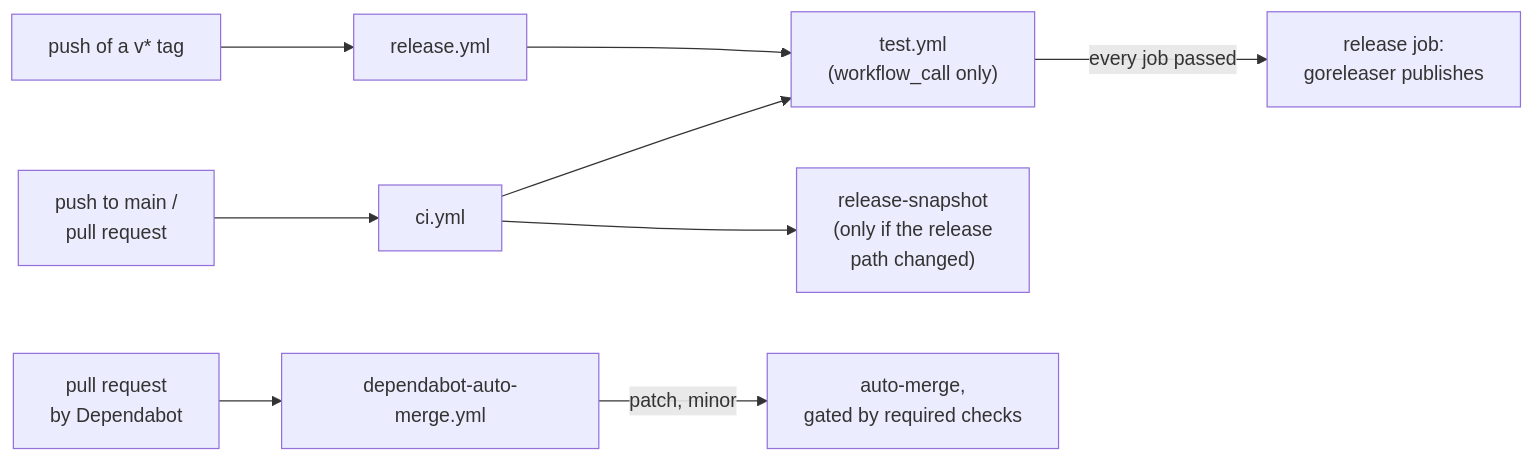
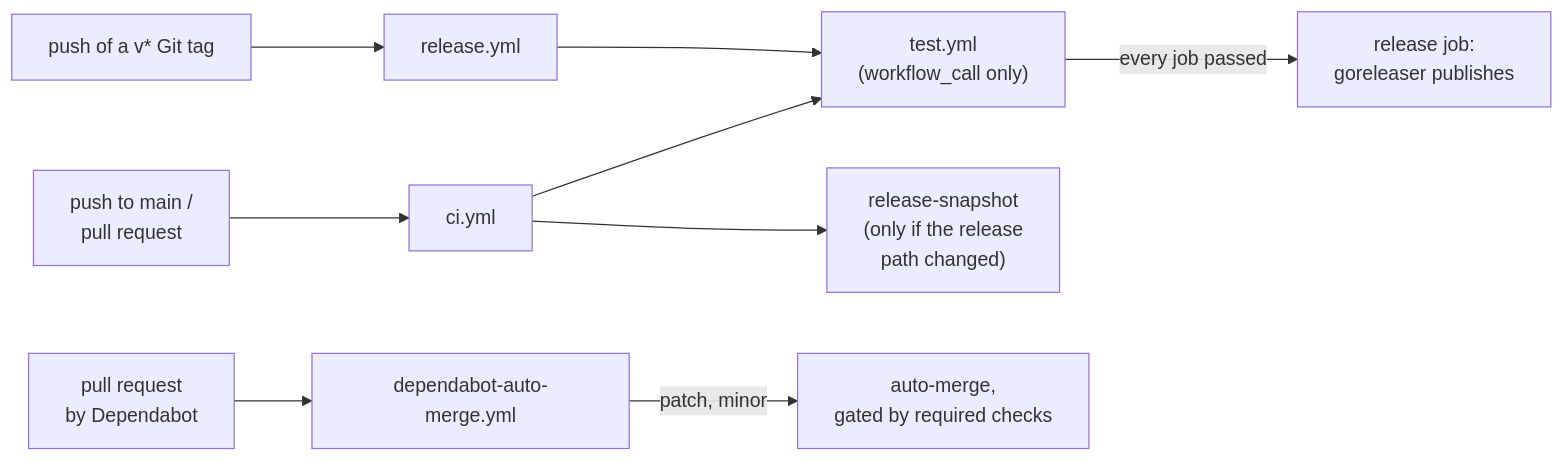
Before and after one commit to moepig/cheapskate: the diagram in docs/en/development/github-actions.md, drawn with Mermaid. The commit also changed other lines of this file and 47 other files, not shown here.

````diff
--- a/docs/en/development/github-actions.md
+++ b/docs/en/development/github-actions.md
@@ -25,19 +25,19 @@
 ```mermaid
 flowchart LR
     push["push to main /
     pull request"] --> ci["ci.yml"]
     pr["pull request
     by Dependabot"] --> am["dependabot-auto-merge.yml"]
-    tag["push of a v* tag"] --> rel["release.yml"]
+    tag["push of a v* Git tag"] --> rel["release.yml"]
 
     ci --> test["test.yml
     (workflow_call only)"]
     ci --> snap["release-snapshot
     (only if the release
     path changed)"]
     rel --> test
     test -- "every job passed" --> gor["release job:
     goreleaser publishes"]
     am -- "patch, minor" --> auto["auto-merge,
     gated by required checks"]
 ```
````
